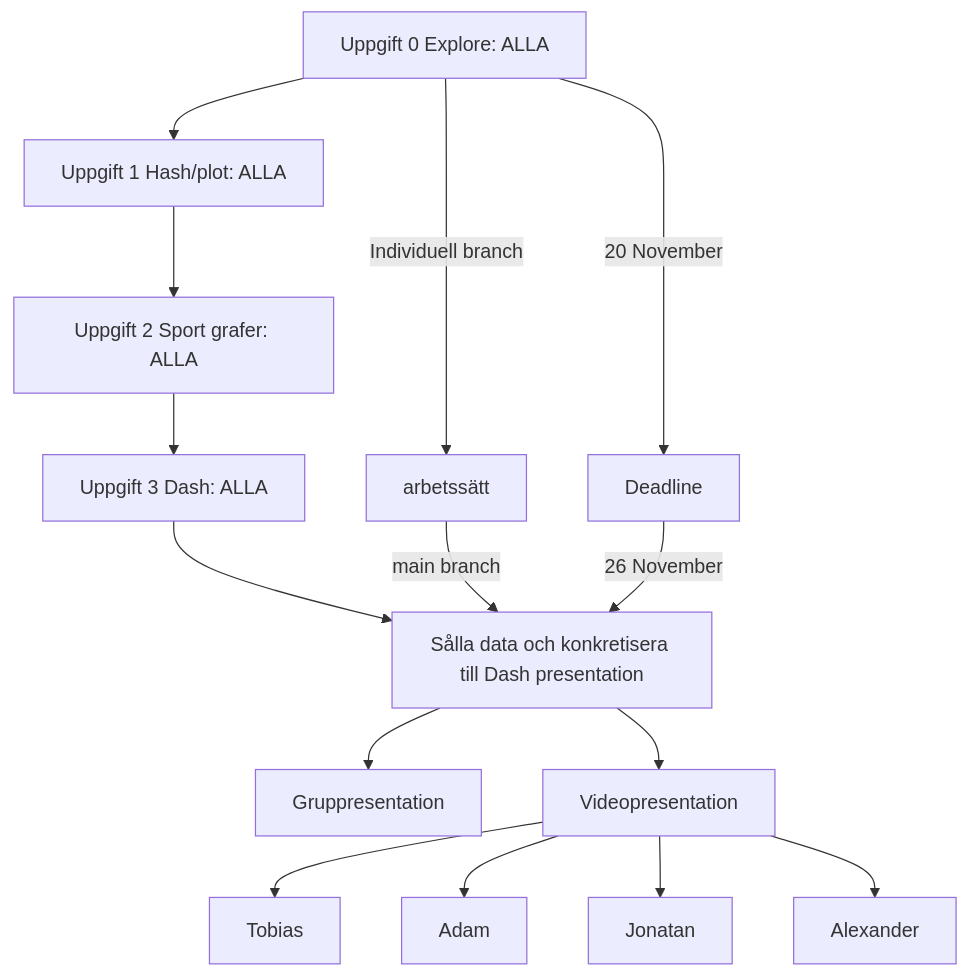
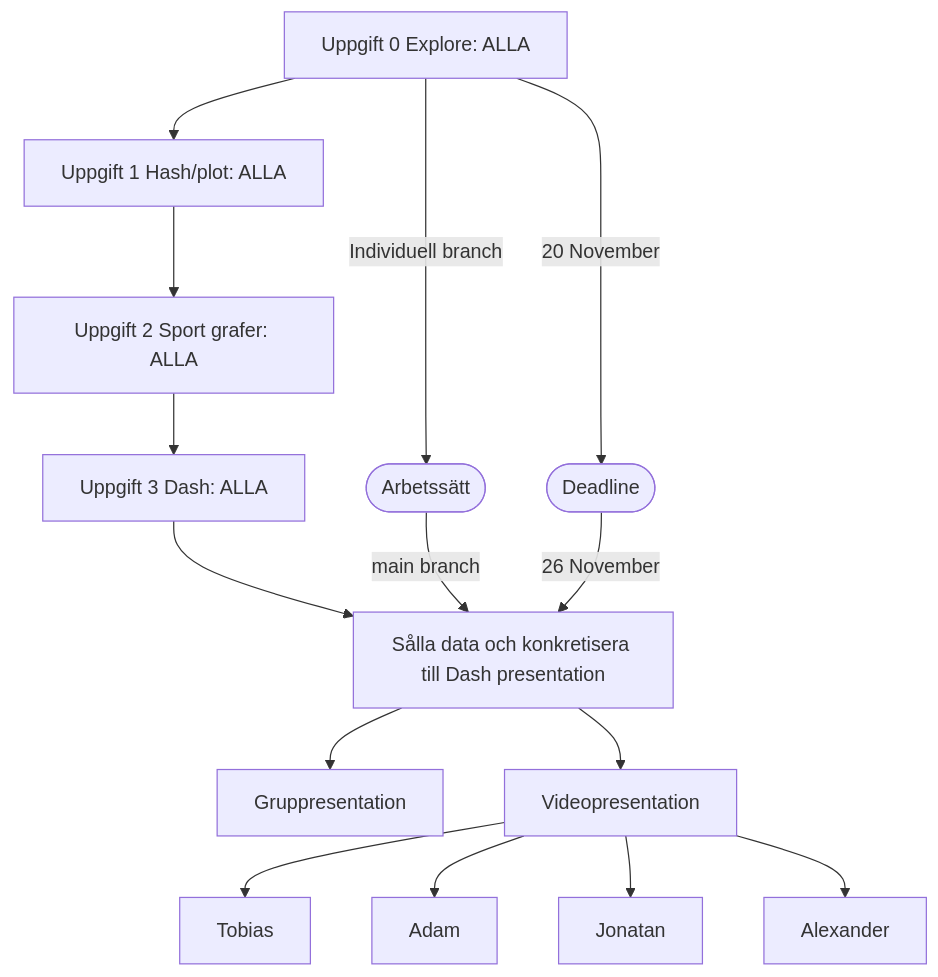
One commit to zoneme99/Project-OS changed the diagram in flowchart.md. Above: the diagram before and after it, drawn with Mermaid.

Commit message:
box on flowchart

````diff
--- a/flowchart.md
+++ b/flowchart.md
@@ -1,19 +1,19 @@
 ```mermaid
 graph TD
 0[Uppgift 0 Explore: ALLA] --> 1[Uppgift 1 Hash/plot: ALLA]
 1 --> 2[Uppgift 2 Sport grafer: ALLA]
 2 --> 3[Uppgift 3 Dash: ALLA]
 3 --> 4[Sålla data och konkretisera till Dash presentation]
 4 --> 5[Gruppresentation]
 4 --> 6[Videopresentation]
 6 --> Tobias
 6 --> Adam
 6 --> Jonatan
 6 --> Alexander
 
-0-- Individuell branch -->arbetssätt
-arbetssätt-- main branch -->4
-0-- 20 November -->Deadline
-Deadline-- 26 November -->4
+0-- Individuell branch -->ab([Arbetssätt])
+ab([Arbetssätt])-- main branch -->4
+0-- 20 November -->DE([Deadline])
+DE([Deadline])-- 26 November -->4
 
 ```
````
